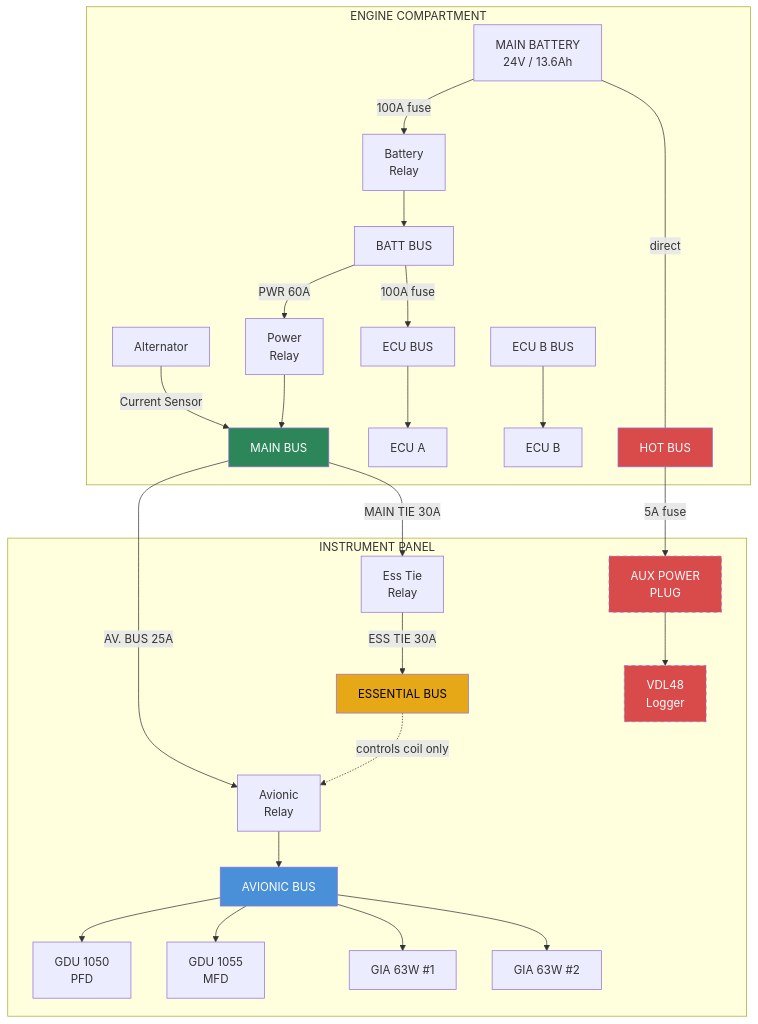
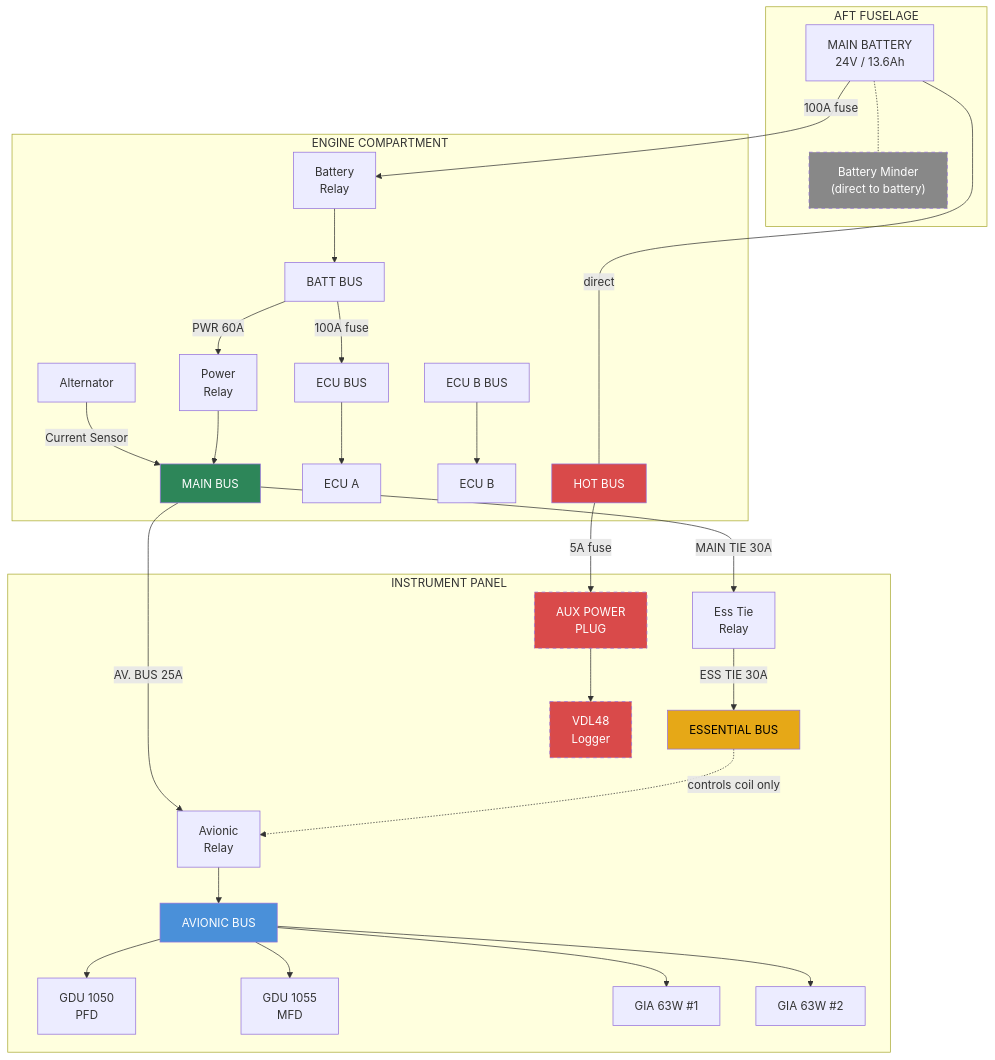
Before and after one commit to ingramleedy/volts: the first of 3 diagrams in README.md, drawn with Mermaid. The commit also changed other lines of this file and 1 other file, not shown here.

Commit message:
Fix battery location - aft fuselage, not engine compartment
Battery is in the aft fuselage on the DA40 NG. Updated Mermaid bus
structure diagram with separate AFT FUSELAGE subgraph showing battery
and battery minder connection. Fixed ground path descriptions to
reference aft fuselage instead of engine compartment ground strap.

````diff
--- a/README.md
+++ b/README.md
@@ -112,35 +112,42 @@
 ```mermaid
 flowchart TB
+    subgraph AF["AFT FUSELAGE"]
+        BAT["MAIN BATTERY\n24V / 13.6Ah"]
+        BATMINDER["Battery Minder\n(direct to battery)"]
+        BAT -.- BATMINDER
+    end
+
     subgraph EC["ENGINE COMPARTMENT"]
-        BAT["MAIN BATTERY\n24V / 13.6Ah"] -->|100A fuse| BATRELAY["Battery\nRelay"]
+        BAT -->|100A fuse| BATRELAY["Battery\nRelay"]
         ALT["Alternator"] -->|Current Sensor| MAINBUS
         BATRELAY --> BATTBUS["BATT BUS"]
         BATTBUS -->|"PWR 60A"| PWRRELAY["Power\nRelay"]
         PWRRELAY --> MAINBUS["MAIN BUS"]
         BATTBUS -->|100A fuse| ECUBUS["ECU BUS"]
         ECUBUS --> ECUA["ECU A"]
         ECUBBUS["ECU B BUS"] --> ECUB["ECU B"]
         BAT ---|direct| HOTBUS["HOT BUS"]
     end
 
     subgraph IP["INSTRUMENT PANEL"]
         MAINBUS -->|"AV. BUS 25A"| AVRELAY["Avionic\nRelay"]
         AVRELAY --> AVBUS["AVIONIC BUS"]
         MAINBUS -->|"MAIN TIE 30A"| ESSTIE["Ess Tie\nRelay"]
         ESSTIE -->|"ESS TIE 30A"| ESSBUS["ESSENTIAL BUS"]
         ESSBUS -.->|"controls coil only"| AVRELAY
         AVBUS --> GDU1050["GDU 1050\nPFD"]
         AVBUS --> GDU1055["GDU 1055\nMFD"]
         AVBUS --> GIA1["GIA 63W #1"]
         AVBUS --> GIA2["GIA 63W #2"]
         HOTBUS -->|5A fuse| AUXPLUG["AUX POWER\nPLUG"]
         AUXPLUG --> VDL48["VDL48\nLogger"]
     end
 
     style AVBUS fill:#4a90d9,color:#fff
     style ESSBUS fill:#e6a817,color:#000
     style MAINBUS fill:#2d8659,color:#fff
     style HOTBUS fill:#d94a4a,color:#fff
     style AUXPLUG fill:#d94a4a,color:#fff,stroke-dasharray: 5 5
     style VDL48 fill:#d94a4a,color:#fff,stroke-dasharray: 5 5
+    style BATMINDER fill:#888,color:#fff,stroke-dasharray: 5 5
 ```
````
